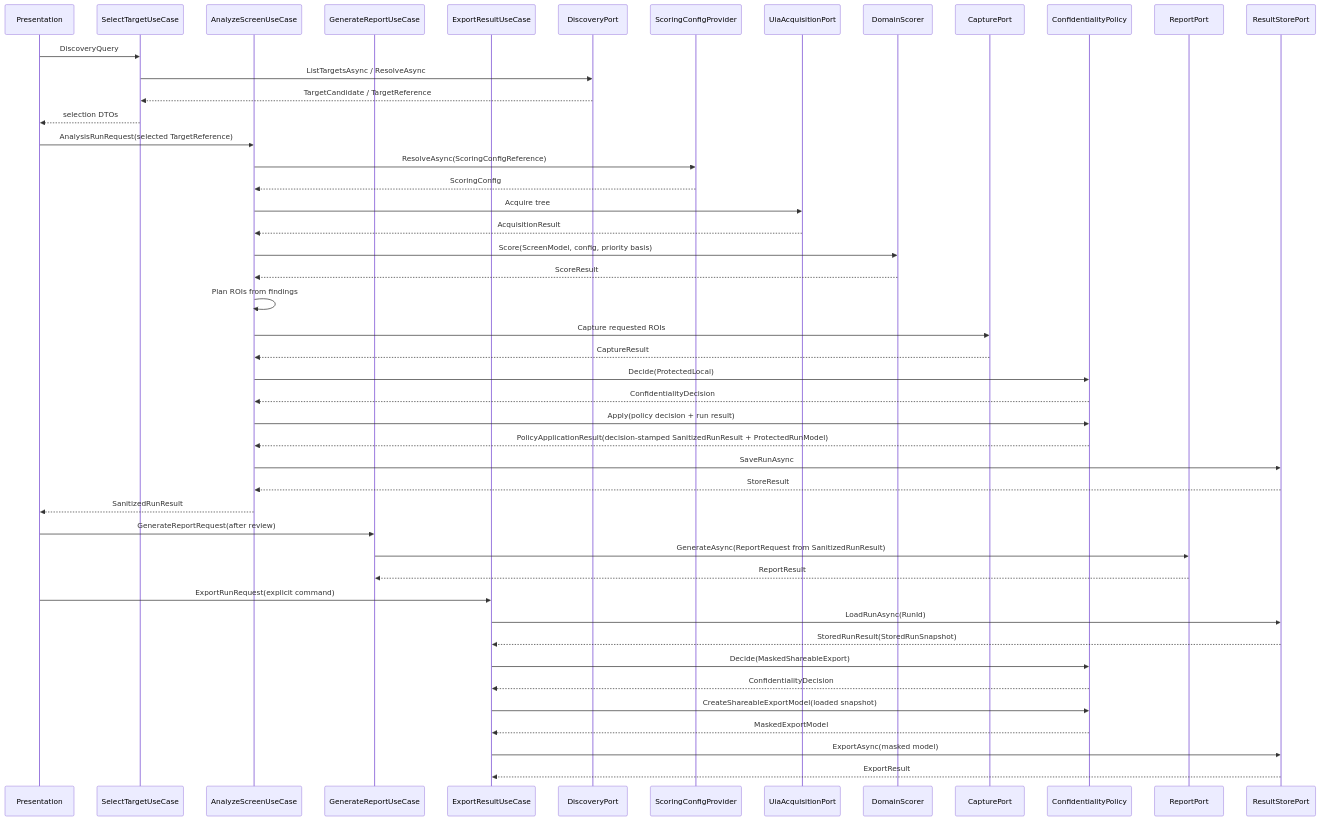
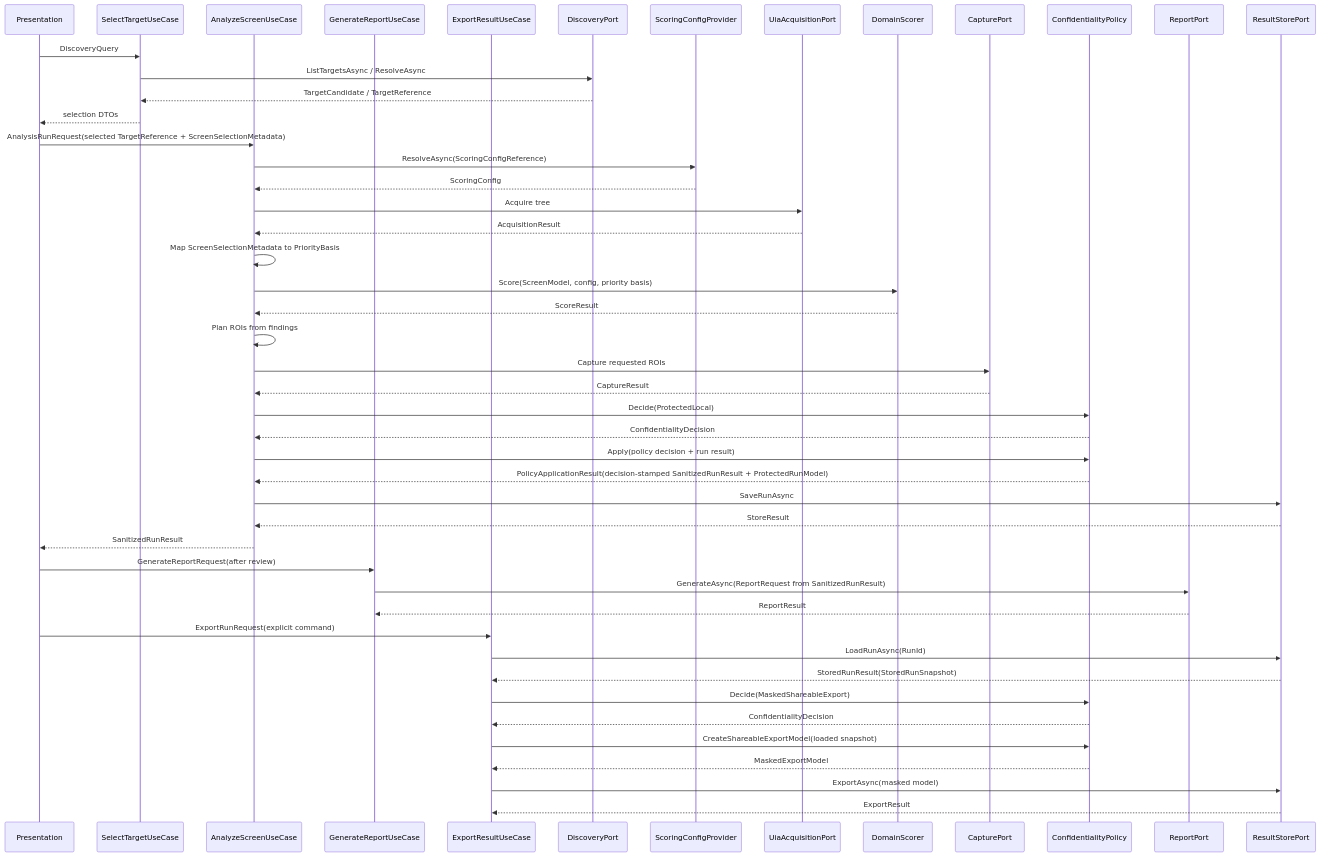
Before and after one commit to urario/Surveyor: the second of 2 diagrams in knowledge/design/des-0011-port-dtos-status-model-and-use-case-orchestration.md, drawn with Mermaid. The commit also changed other lines of this file and 3 other files, not shown here.

````diff
--- a/knowledge/design/des-0011-port-dtos-status-model-and-use-case-orchestration.md
+++ b/knowledge/design/des-0011-port-dtos-status-model-and-use-case-orchestration.md
@@ -620,50 +638,51 @@
 ```mermaid
 sequenceDiagram
   participant UI as Presentation
   participant ST as SelectTargetUseCase
   participant AS as AnalyzeScreenUseCase
   participant GR as GenerateReportUseCase
   participant EX as ExportResultUseCase
   participant D as DiscoveryPort
   participant CFG as ScoringConfigProvider
   participant A as UiaAcquisitionPort
   participant S as DomainScorer
   participant C as CapturePort
   participant P as ConfidentialityPolicy
   participant R as ReportPort
   participant Store as ResultStorePort
 
   UI->>ST: DiscoveryQuery
   ST->>D: ListTargetsAsync / ResolveAsync
   D-->>ST: TargetCandidate / TargetReference
   ST-->>UI: selection DTOs
-  UI->>AS: AnalysisRunRequest(selected TargetReference)
+  UI->>AS: AnalysisRunRequest(selected TargetReference + ScreenSelectionMetadata)
   AS->>CFG: ResolveAsync(ScoringConfigReference)
   CFG-->>AS: ScoringConfig
   AS->>A: Acquire tree
   A-->>AS: AcquisitionResult
+  AS->>AS: Map ScreenSelectionMetadata to PriorityBasis
   AS->>S: Score(ScreenModel, config, priority basis)
   S-->>AS: ScoreResult
   AS->>AS: Plan ROIs from findings
   AS->>C: Capture requested ROIs
   C-->>AS: CaptureResult
   AS->>P: Decide(ProtectedLocal)
   P-->>AS: ConfidentialityDecision
   AS->>P: Apply(policy decision + run result)
   P-->>AS: PolicyApplicationResult(decision-stamped SanitizedRunResult + ProtectedRunModel)
   AS->>Store: SaveRunAsync
   Store-->>AS: StoreResult
   AS-->>UI: SanitizedRunResult
   UI->>GR: GenerateReportRequest(after review)
   GR->>R: GenerateAsync(ReportRequest from SanitizedRunResult)
   R-->>GR: ReportResult
   UI->>EX: ExportRunRequest(explicit command)
   EX->>Store: LoadRunAsync(RunId)
   Store-->>EX: StoredRunResult(StoredRunSnapshot)
   EX->>P: Decide(MaskedShareableExport)
   P-->>EX: ConfidentialityDecision
   EX->>P: CreateShareableExportModel(loaded snapshot)
   P-->>EX: MaskedExportModel
   EX->>Store: ExportAsync(masked model)
   Store-->>EX: ExportResult
 ```
````
